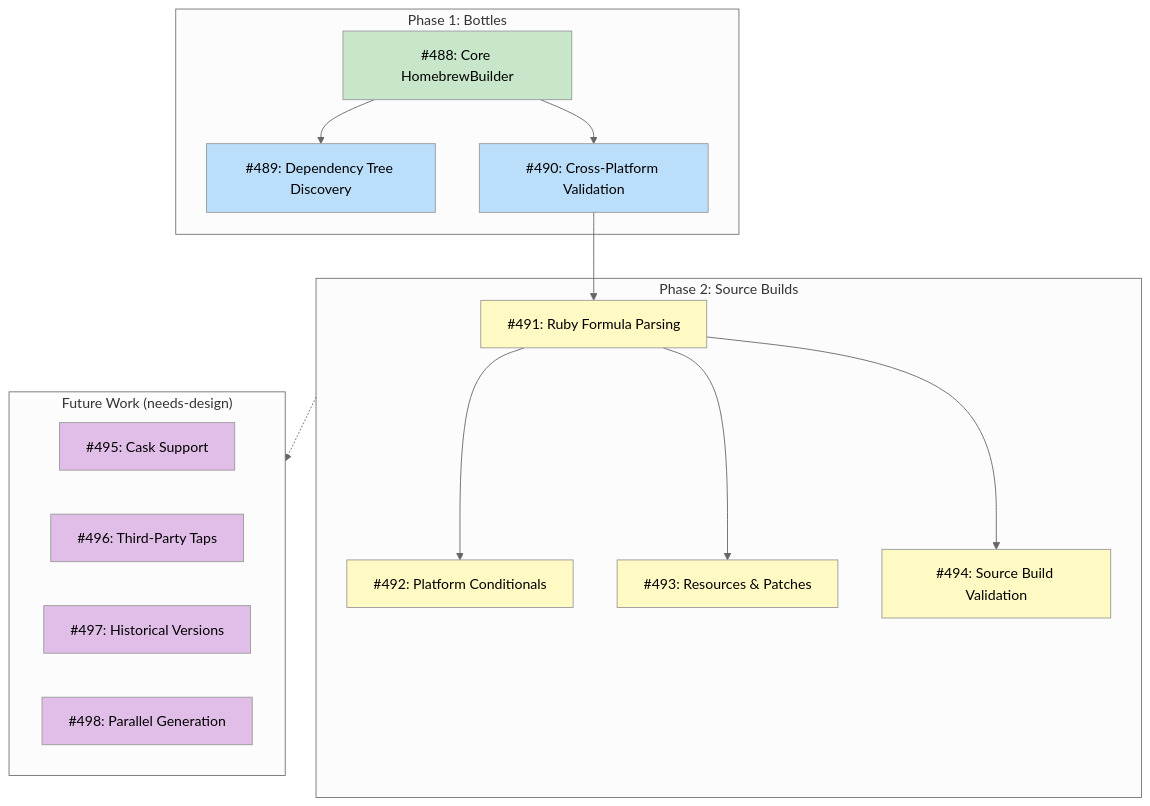
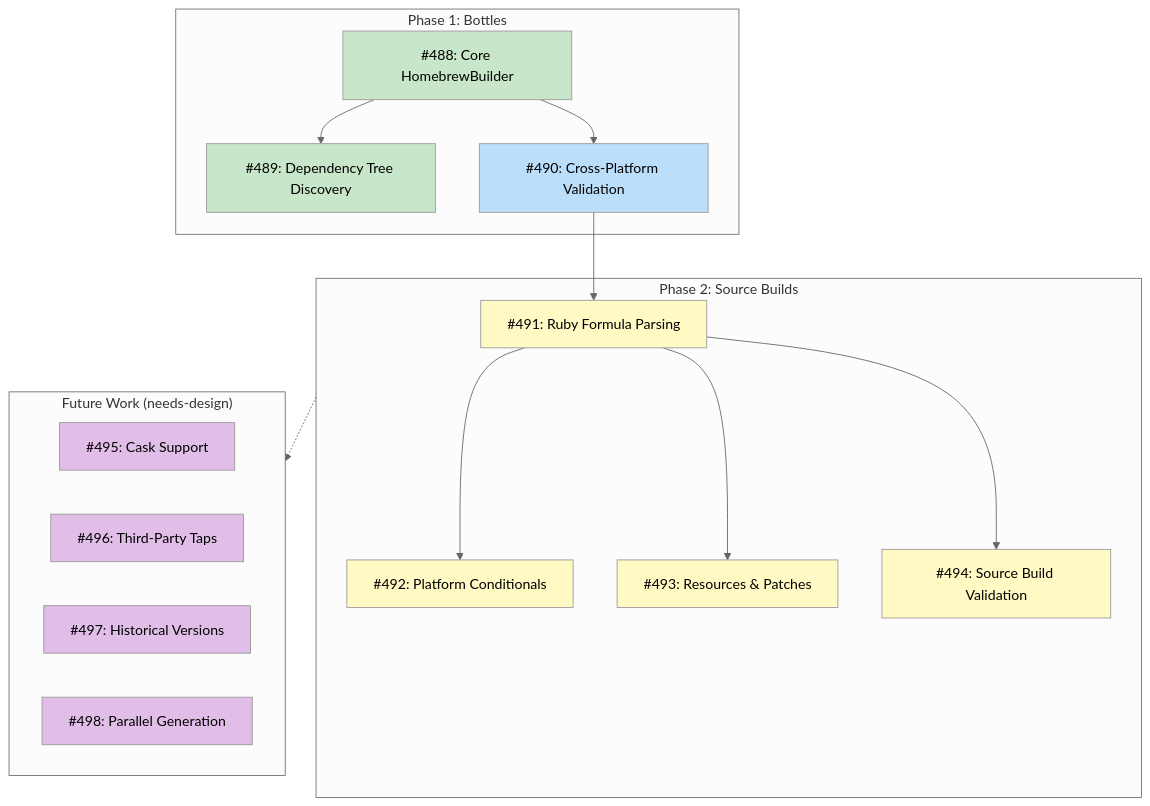
The diagram in docs/DESIGN-homebrew-builder.md (tsukumogami/tsuku), drawn with Mermaid (neutral theme) before and after one commit. The commit also changed 2 other files, not shown here.

Commit message:
feat(builders): add dependency tree discovery for Homebrew formulas (#502)
## Summary

- Implement `DiscoverDependencyTree()` that recursively queries Homebrew
JSON API to build full dependency tree
- Add `ToGenerationOrder()` for topological sort (dependencies before
dependents)
- Add `BuildWithDependencies()` with user confirmation before LLM calls
- Handle diamond dependencies correctly (shared deps discovered once)
- Add tree formatting and cost estimation for user display

Fixes #489

````diff
--- a/docs/DESIGN-homebrew-builder.md
+++ b/docs/DESIGN-homebrew-builder.md
@@ -11,40 +11,40 @@
 ```mermaid
 graph TD
     subgraph Phase1["Phase 1: Bottles"]
         A488["#488: Core HomebrewBuilder"]
         A489["#489: Dependency Tree Discovery"]
         A490["#490: Cross-Platform Validation"]
     end
 
     subgraph Phase2["Phase 2: Source Builds"]
         A491["#491: Ruby Formula Parsing"]
         A492["#492: Platform Conditionals"]
         A493["#493: Resources & Patches"]
         A494["#494: Source Build Validation"]
     end
 
     subgraph Future["Future Work (needs-design)"]
         A495["#495: Cask Support"]
         A496["#496: Third-Party Taps"]
         A497["#497: Historical Versions"]
         A498["#498: Parallel Generation"]
     end
 
     A488 --> A489
     A488 --> A490
     A490 --> A491
     A491 --> A492
     A491 --> A493
     A491 --> A494
     Phase2 -.-> Future
 
     classDef done fill:#c8e6c9
     classDef ready fill:#bbdefb
     classDef blocked fill:#fff9c4
     classDef needsDesign fill:#e1bee7
 
-    class A488 done
-    class A489,A490 ready
+    class A488,A489 done
+    class A490 ready
     class A491,A492,A493,A494 blocked
     class A495,A496,A497,A498 needsDesign
 ```
````
